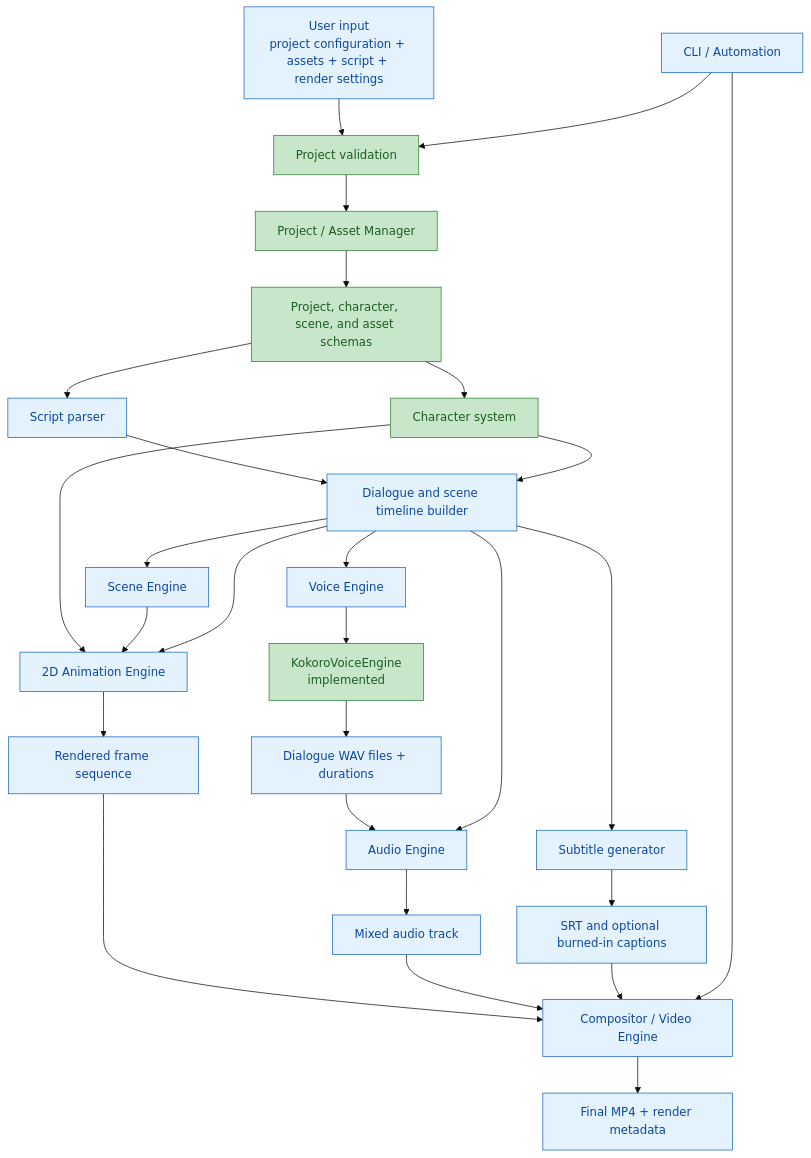
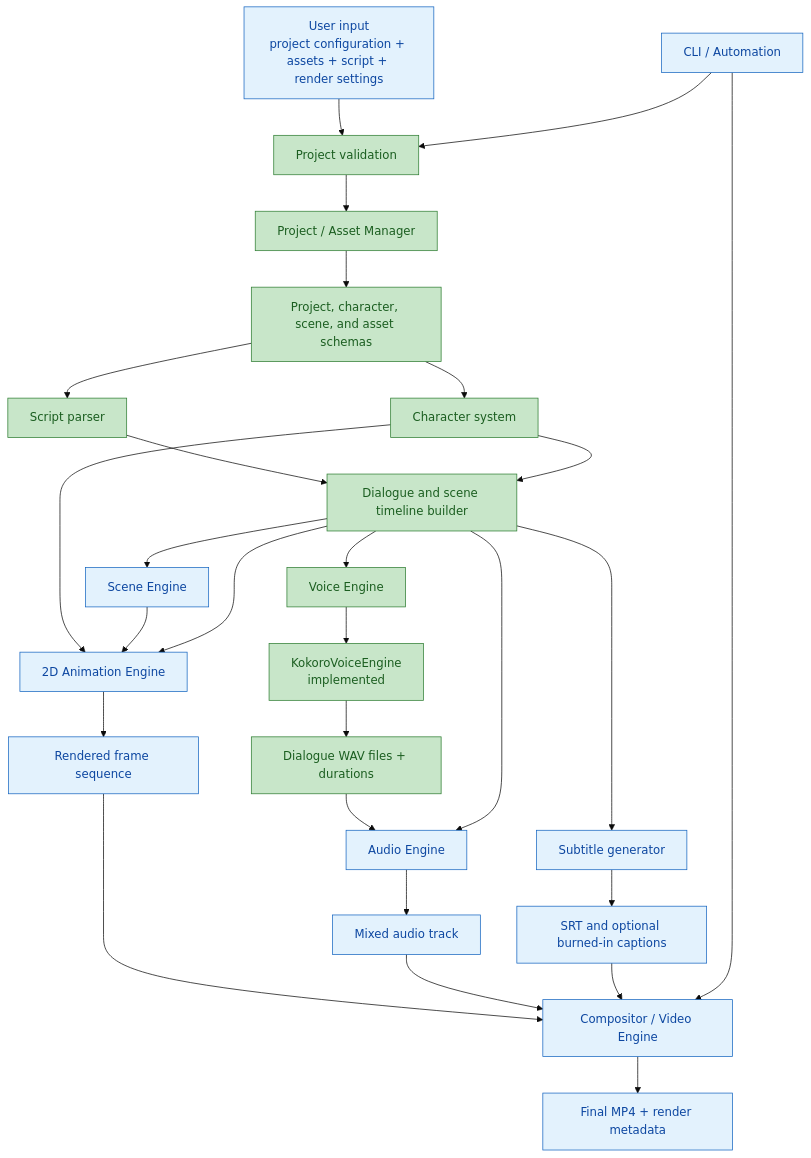
The first of 4 diagrams in LLD.md (Mohammed-Aftab-Siddique/al-studio), drawn with Mermaid (base theme) before and after one commit. The commit also changed other lines of this file and 12 other files, not shown here.

Commit message:
feat: add dialogue timeline builder

````diff
--- a/LLD.md
+++ b/LLD.md
@@ -20,55 +20,55 @@
 ```mermaid
 flowchart TD
     input[User input<br/>project configuration + assets + script + render settings]
     validate[Project validation]
     manager[Project / Asset Manager]
     schema[Project, character, scene, and asset schemas]
     script[Script parser]
     timeline[Dialogue and scene timeline builder]
     character[Character system]
     voice[Voice Engine]
     kokoro[KokoroVoiceEngine<br/>implemented]
     audioLines[Dialogue WAV files + durations]
     scene[Scene Engine]
     animation[2D Animation Engine]
     frames[Rendered frame sequence]
     audio[Audio Engine]
     mix[Mixed audio track]
     captions[Subtitle generator]
     subtitles[SRT and optional burned-in captions]
     compositor[Compositor / Video Engine]
     mp4[Final MP4 + render metadata]
     cli[CLI / Automation]
 
     input --> validate
     validate --> manager
     manager --> schema
     schema --> script
     script --> timeline
     schema --> character
     character --> timeline
     timeline --> voice
     voice --> kokoro
     kokoro --> audioLines
     timeline --> scene
     character --> animation
     scene --> animation
     timeline --> animation
     animation --> frames
     audioLines --> audio
     timeline --> audio
     audio --> mix
     timeline --> captions
     captions --> subtitles
     frames --> compositor
     mix --> compositor
     subtitles --> compositor
     compositor --> mp4
     cli --> validate
     cli --> compositor
 
     classDef implemented fill:#c8e6c9,stroke:#2e7d32,color:#1b5e20;
     classDef planned fill:#e3f2fd,stroke:#1565c0,color:#0d47a1;
-    class kokoro,validate,manager,schema,character implemented;
-    class input,script,timeline,voice,audioLines,scene,animation,frames,audio,mix,captions,subtitles,compositor,mp4,cli planned;
+    class kokoro,validate,manager,schema,script,timeline,character,voice,audioLines implemented;
+    class input,scene,animation,frames,audio,mix,captions,subtitles,compositor,mp4,cli planned;
 ```
````
